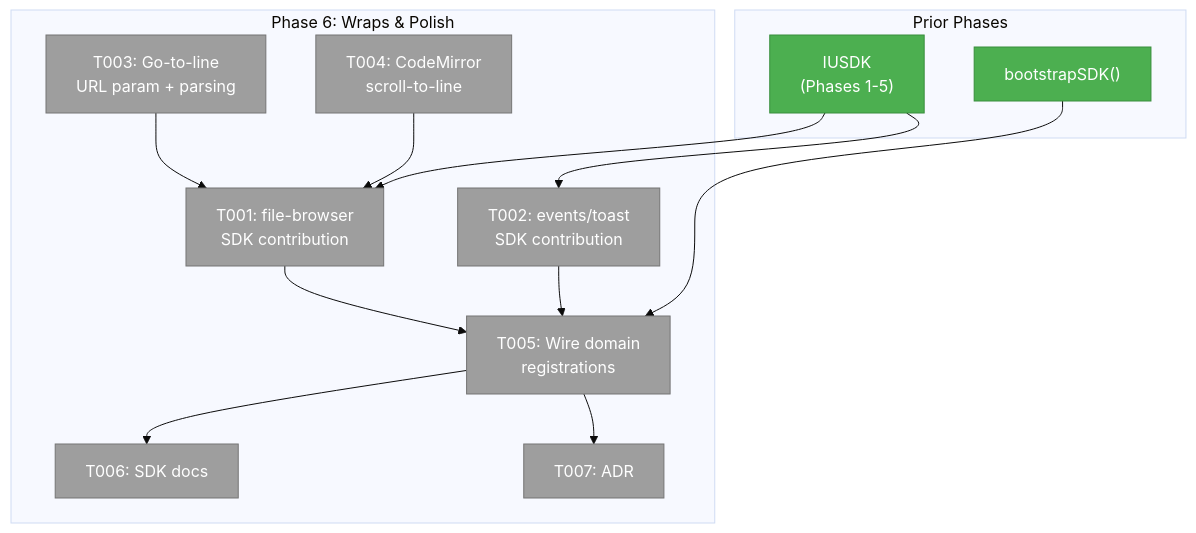
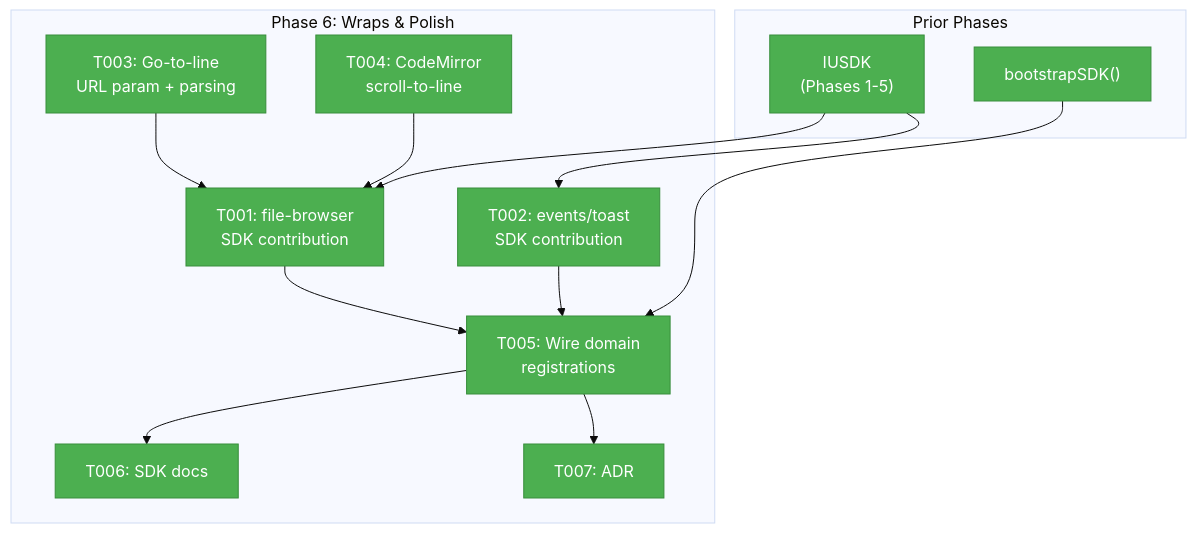
Before and after one commit to AI-Substrate/chainglass: the first of 3 diagrams in docs/plans/047-usdk/tasks/phase-6-wraps-polish/tasks.md, drawn with Mermaid (base theme). The commit also changed other lines of this file and 17 other files, not shown here.

First line of the commit message:
Phase 6: SDK domain contributions, go-to-line, scroll-to-line, developer docs

````diff
--- a/docs/plans/047-usdk/tasks/phase-6-wraps-polish/tasks.md
+++ b/docs/plans/047-usdk/tasks/phase-6-wraps-polish/tasks.md
@@ -70,33 +70,34 @@
 ```mermaid
 flowchart TD
     classDef pending fill:#9E9E9E,stroke:#757575,color:#fff
     classDef phase1 fill:#4CAF50,stroke:#388E3C,color:#fff
     classDef create fill:#2196F3,stroke:#1565C0,color:#fff
     classDef modify fill:#FF9800,stroke:#F57C00,color:#fff
+    classDef completed fill:#4CAF50,stroke:#388E3C,color:#fff
 
     subgraph Deps["Prior Phases"]
         SDK["IUSDK<br/>(Phases 1-5)"]:::phase1
         BS["bootstrapSDK()"]:::phase1
     end
 
     subgraph Phase6["Phase 6: Wraps & Polish"]
-        T001["T001: file-browser<br/>SDK contribution"]:::pending
-        T002["T002: events/toast<br/>SDK contribution"]:::pending
-        T003["T003: Go-to-line<br/>URL param + parsing"]:::pending
-        T004["T004: CodeMirror<br/>scroll-to-line"]:::pending
-        T005["T005: Wire domain<br/>registrations"]:::pending
-        T006["T006: SDK docs"]:::pending
-        T007["T007: ADR"]:::pending
+        T001["T001: file-browser<br/>SDK contribution"]:::completed
+        T002["T002: events/toast<br/>SDK contribution"]:::completed
+        T003["T003: Go-to-line<br/>URL param + parsing"]:::completed
+        T004["T004: CodeMirror<br/>scroll-to-line"]:::completed
+        T005["T005: Wire domain<br/>registrations"]:::completed
+        T006["T006: SDK docs"]:::completed
+        T007["T007: ADR"]:::completed
 
         T001 --> T005
         T002 --> T005
         T003 --> T001
         T004 --> T001
         T005 --> T006
         T005 --> T007
     end
 
     SDK --> T001
     SDK --> T002
     BS --> T005
 ```
````
